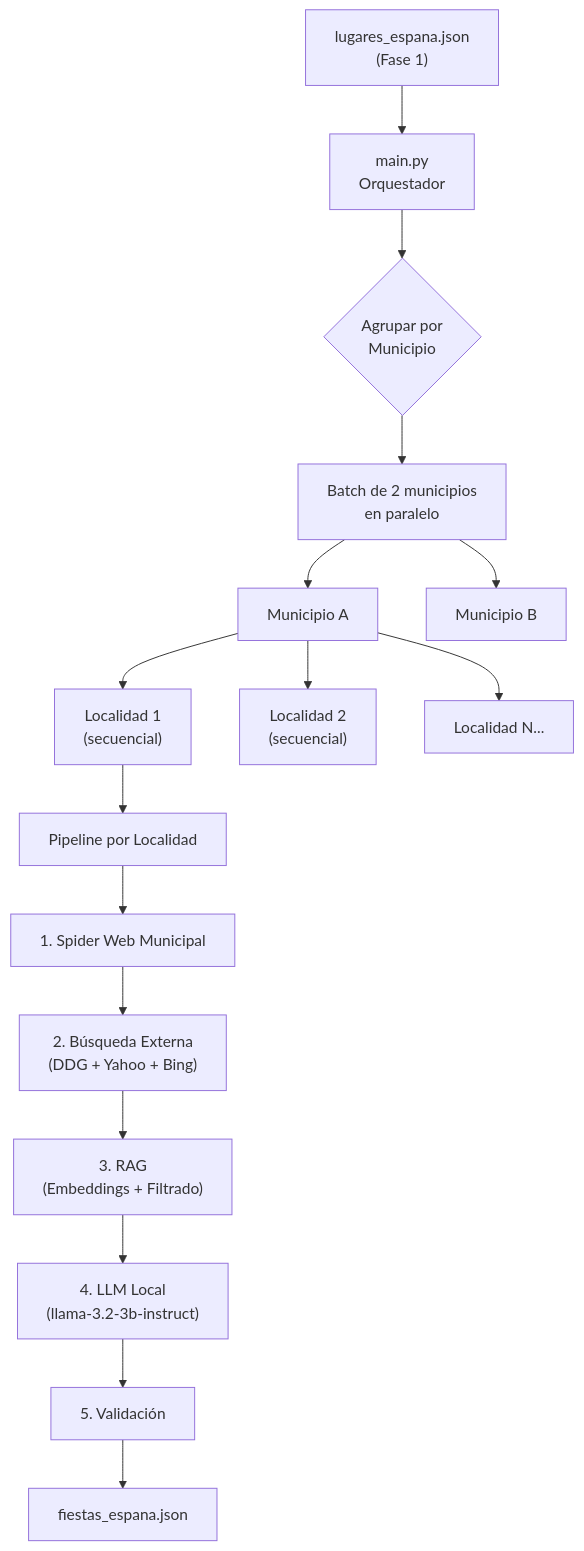
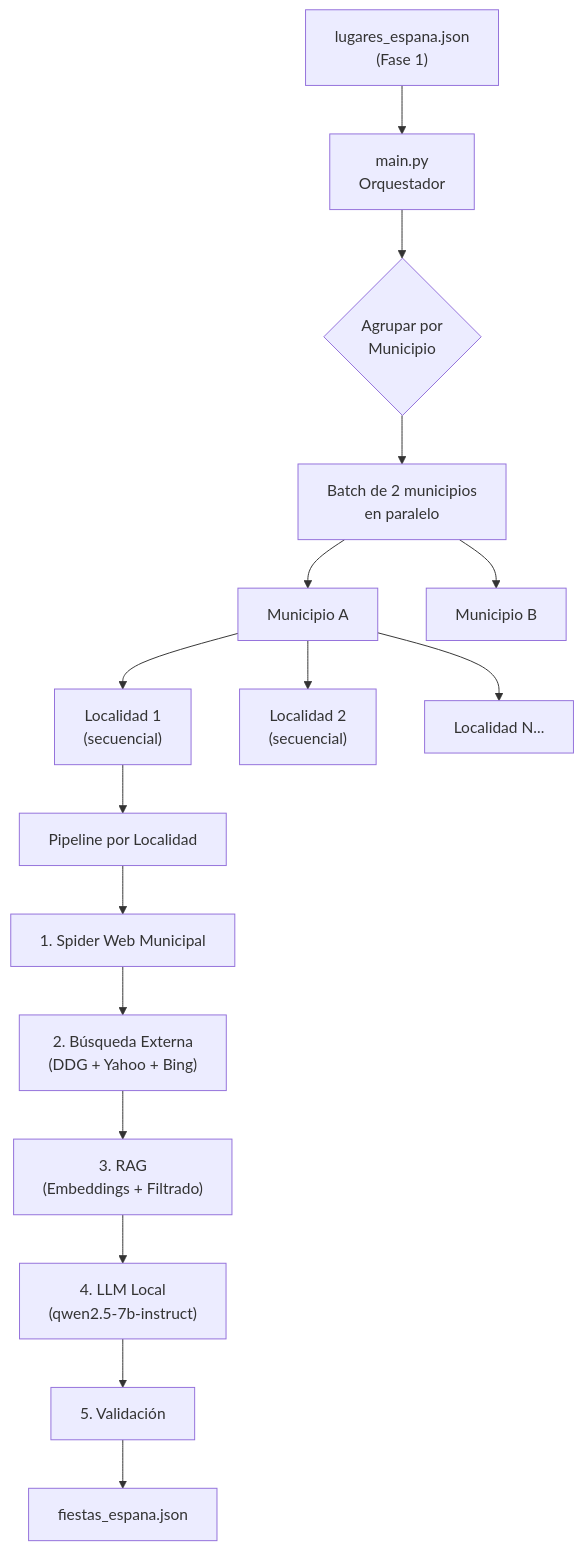
Before and after one commit to pablocojo/FIESTYFY_algorithm: the first of 2 diagrams in Algoritmo_fiestas/Fase2_Extraccion_Fiestas/fase2_explicacion_01-07.md, drawn with Mermaid. The commit also changed other lines of this file and 5 other files, not shown here.

````diff
--- a/Algoritmo_fiestas/Fase2_Extraccion_Fiestas/fase2_explicacion_01-07.md
+++ b/Algoritmo_fiestas/Fase2_Extraccion_Fiestas/fase2_explicacion_01-07.md
@@ -9,18 +9,18 @@
 ```mermaid
 flowchart TD
     A["lugares_espana.json<br/>(Fase 1)"] --> B["main.py<br/>Orquestador"]
     B --> C{"Agrupar por<br/>Municipio"}
     C --> D["Batch de 2 municipios<br/>en paralelo"]
     D --> E["Municipio A"]
     D --> F["Municipio B"]
     E --> G["Localidad 1<br/>(secuencial)"]
     E --> H["Localidad 2<br/>(secuencial)"]
     E --> I["Localidad N..."]
     G --> J["Pipeline por Localidad"]
     J --> K["1. Spider Web Municipal"]
     K --> L["2. Búsqueda Externa<br/>(DDG + Yahoo + Bing)"]
     L --> M["3. RAG<br/>(Embeddings + Filtrado)"]
-    M --> N["4. LLM Local<br/>(llama-3.2-3b-instruct)"]
+    M --> N["4. LLM Local<br/>(qwen2.5-7b-instruct)"]
     N --> O["5. Validación"]
     O --> P["fiestas_espana.json"]
 ```
````
